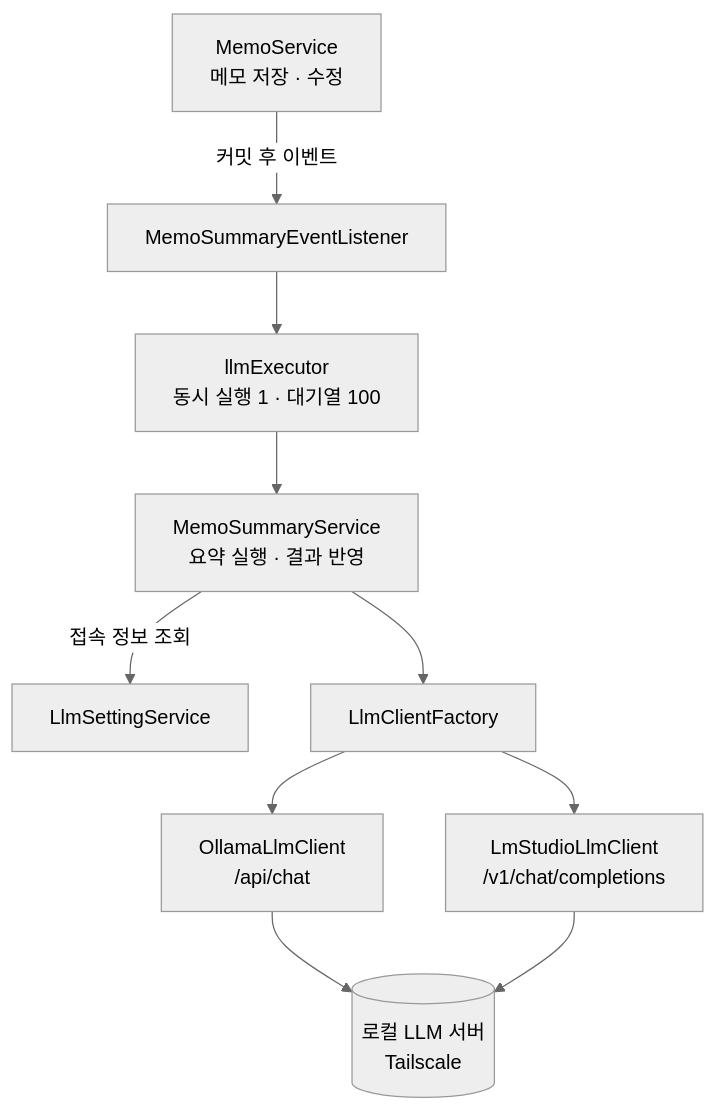
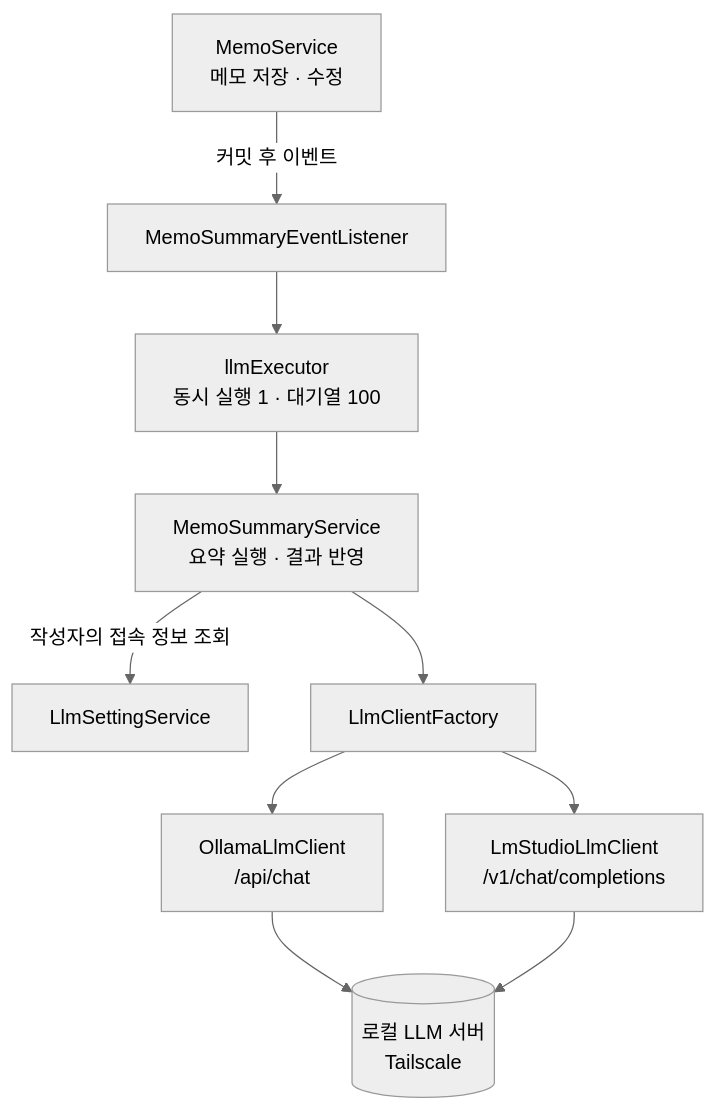
The second of 4 diagrams in README.md (Hasegos/coding-test-project), drawn with Mermaid (neutral theme) before and after one commit. The commit also changed other lines of this file, not shown here.

````diff
--- a/README.md
+++ b/README.md
@@ -155,12 +181,12 @@
 ```mermaid
 flowchart TB
     A["MemoService<br/>메모 저장 · 수정"] -->|"커밋 후 이벤트"| B["MemoSummaryEventListener"]
     B --> C["llmExecutor<br/>동시 실행 1 · 대기열 100"]
     C --> D["MemoSummaryService<br/>요약 실행 · 결과 반영"]
-    D -->|"접속 정보 조회"| E["LlmSettingService"]
+    D -->|"작성자의 접속 정보 조회"| E["LlmSettingService"]
     D --> F["LlmClientFactory"]
     F --> G["OllamaLlmClient<br/>/api/chat"]
     F --> H["LmStudioLlmClient<br/>/v1/chat/completions"]
     G --> I[("로컬 LLM 서버<br/>Tailscale")]
     H --> I
 ```
````
